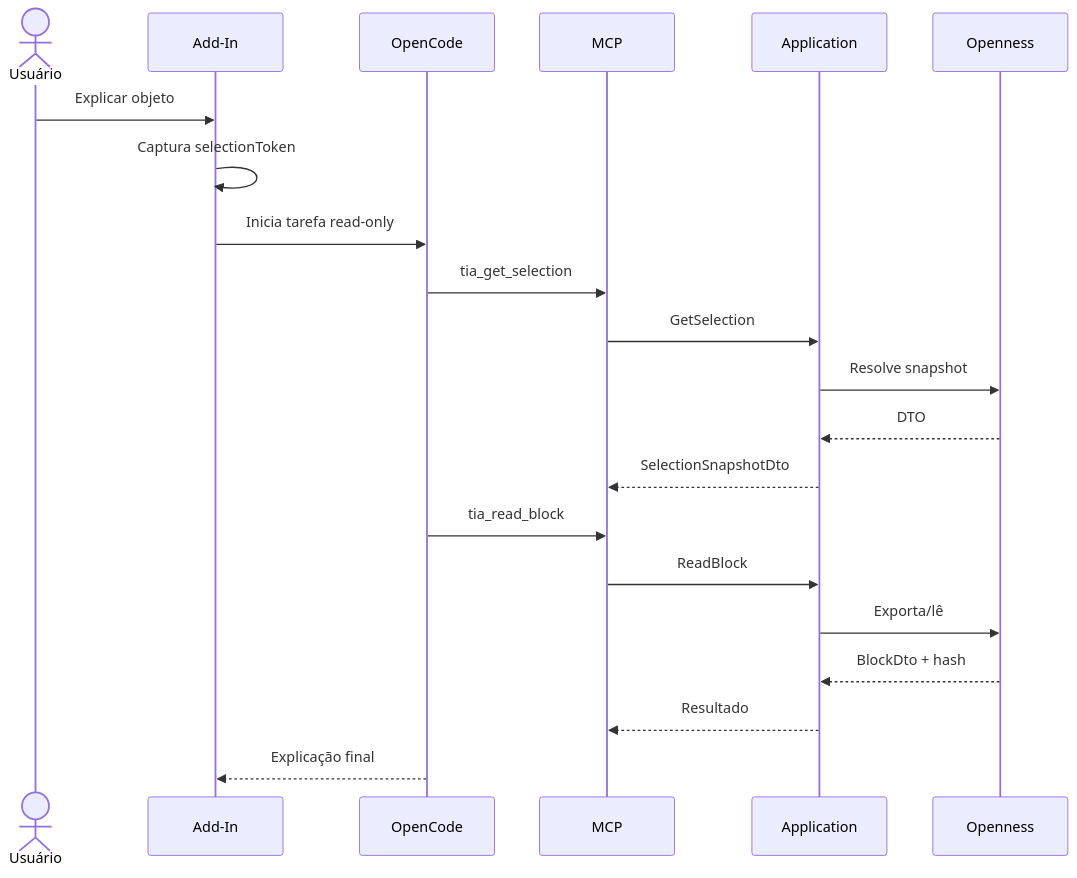
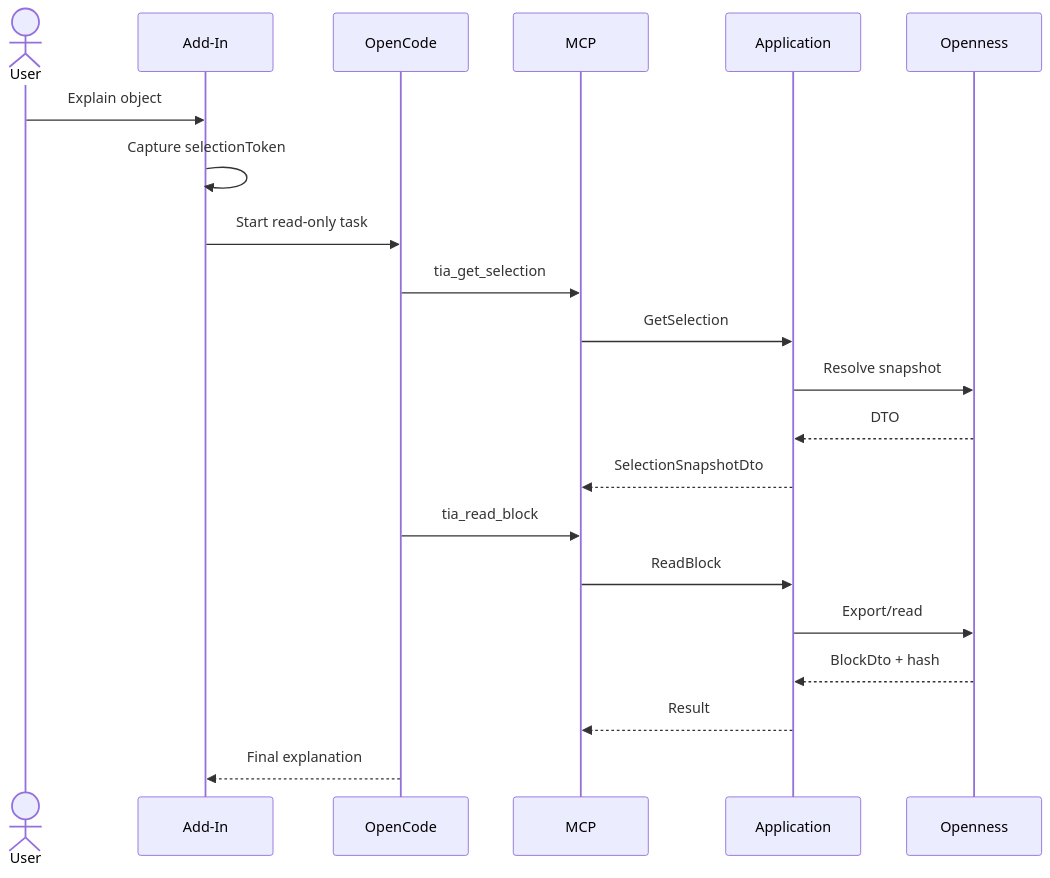
The third of 4 diagrams in docs/spec/ARCHITECTURE.md (allanmarum/tia-portal-code-agent), drawn with Mermaid before and after one commit. The commit also changed other lines of this file and 98 other files, not shown here.

````diff
--- a/docs/spec/ARCHITECTURE.md
+++ b/docs/spec/ARCHITECTURE.md
@@ -664,24 +664,24 @@
 ```mermaid
 sequenceDiagram
-    actor User as Usuário
+    actor User as User
     participant AddIn as Add-In
     participant OC as OpenCode
     participant MCP as MCP
     participant APP as Application
     participant TIA as Openness
 
-    User->>AddIn: Explicar objeto
-    AddIn->>AddIn: Captura selectionToken
-    AddIn->>OC: Inicia tarefa read-only
+    User->>AddIn: Explain object
+    AddIn->>AddIn: Capture selectionToken
+    AddIn->>OC: Start read-only task
     OC->>MCP: tia_get_selection
     MCP->>APP: GetSelection
     APP->>TIA: Resolve snapshot
     TIA-->>APP: DTO
     APP-->>MCP: SelectionSnapshotDto
     OC->>MCP: tia_read_block
     MCP->>APP: ReadBlock
-    APP->>TIA: Exporta/lê
+    APP->>TIA: Export/read
     TIA-->>APP: BlockDto + hash
-    APP-->>MCP: Resultado
-    OC-->>AddIn: Explicação final
+    APP-->>MCP: Result
+    OC-->>AddIn: Final explanation
 ```
````
